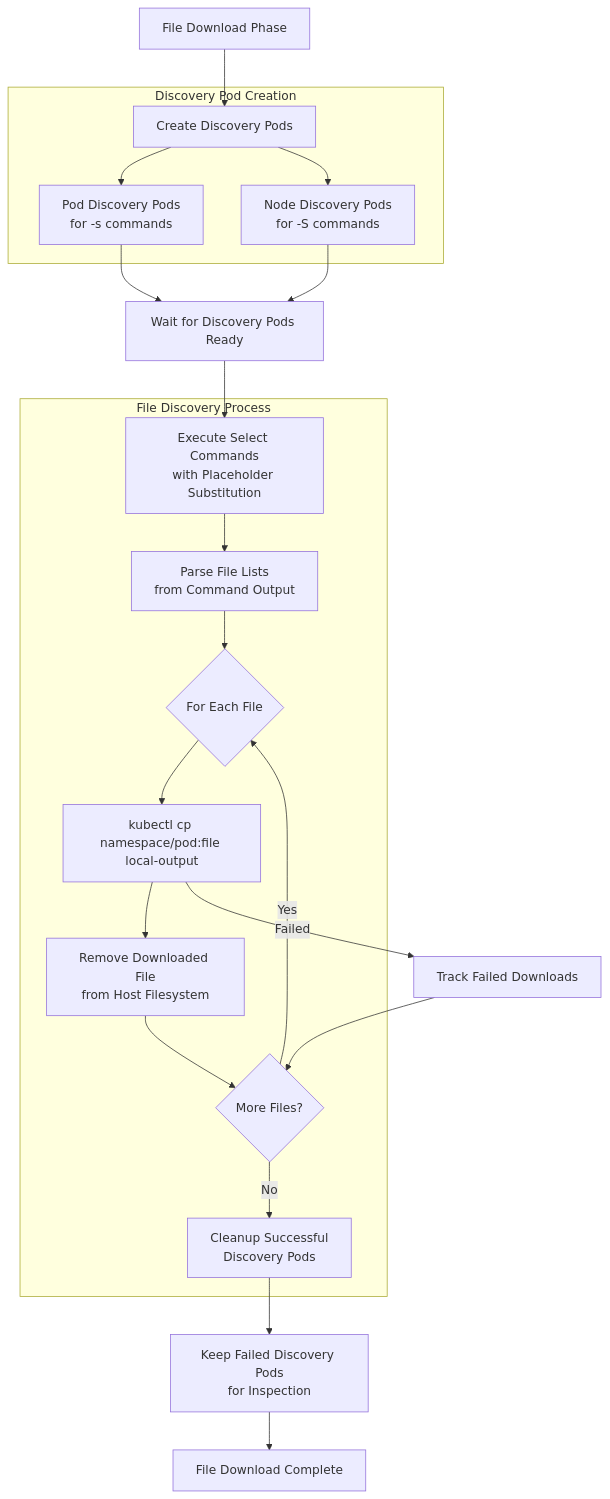
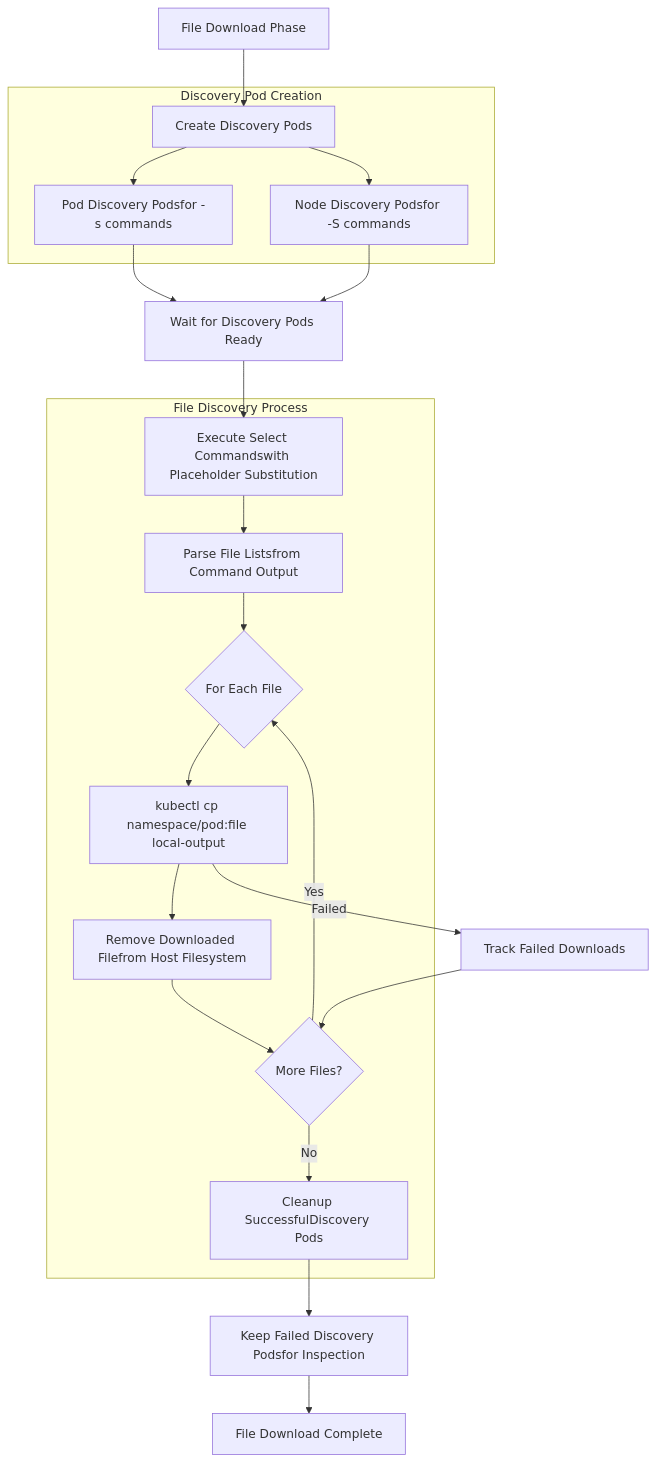
Before and after one commit to 8-cm/kube-dump: the fourth of 4 diagrams in docs/kube-dump-architecture.md, drawn with Mermaid. The commit also changed other lines of this file and 4 other files, not shown here.

First line of the commit message:
fix: Resolve Mermaid diagram rendering issues for GitHub compatibility

````diff
--- a/docs/kube-dump-architecture.md
+++ b/docs/kube-dump-architecture.md
@@ -199,31 +199,31 @@
 ```mermaid
 graph TB
     StartDownload[File Download Phase] --> CreateDiscoveryPods[Create Discovery Pods]
     
     subgraph "Discovery Pod Creation"
-        CreateDiscoveryPods --> PodDiscoveryCreate[Pod Discovery Pods<br/>for -s commands]
-        CreateDiscoveryPods --> NodeDiscoveryCreate[Node Discovery Pods<br/>for -S commands]
+        CreateDiscoveryPods --> PodDiscoveryCreate[Pod Discovery Podsfor -s commands]
+        CreateDiscoveryPods --> NodeDiscoveryCreate[Node Discovery Podsfor -S commands]
     end
     
     PodDiscoveryCreate --> WaitDiscoveryReady[Wait for Discovery Pods Ready]
     NodeDiscoveryCreate --> WaitDiscoveryReady
     
-    WaitDiscoveryReady --> ExecuteCommands[Execute Select Commands<br/>with Placeholder Substitution]
+    WaitDiscoveryReady --> ExecuteCommands[Execute Select Commandswith Placeholder Substitution]
     
     subgraph "File Discovery Process"
-        ExecuteCommands --> ParseFileList[Parse File Lists<br/>from Command Output]
+        ExecuteCommands --> ParseFileList[Parse File Listsfrom Command Output]
         ParseFileList --> DownloadLoop{For Each File}
         DownloadLoop --> DownloadFile[kubectl cp namespace/pod:file local-output]
-        DownloadFile --> RemoveFromHost[Remove Downloaded File<br/>from Host Filesystem]
+        DownloadFile --> RemoveFromHost[Remove Downloaded Filefrom Host Filesystem]
         RemoveFromHost --> NextFile{More Files?}
         NextFile -->|Yes| DownloadLoop
-        NextFile -->|No| CleanupSuccess[Cleanup Successful<br/>Discovery Pods]
+        NextFile -->|No| CleanupSuccess[Cleanup SuccessfulDiscovery Pods]
     end
     
-    CleanupSuccess --> KeepFailedPods[Keep Failed Discovery Pods<br/>for Inspection]
+    CleanupSuccess --> KeepFailedPods[Keep Failed Discovery Podsfor Inspection]
     KeepFailedPods --> DownloadComplete[File Download Complete]
     
     %% Error Handling
     DownloadFile -->|Failed| TrackFailure[Track Failed Downloads]
     TrackFailure --> NextFile
 ```
````
